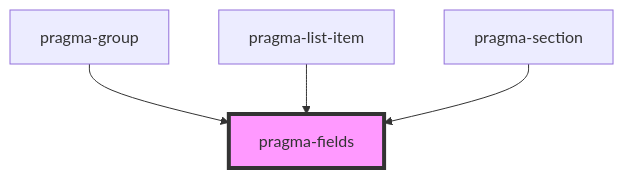
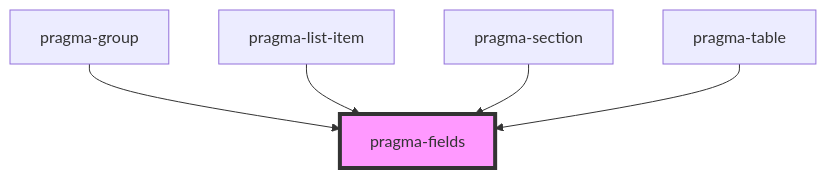
The diagram in pragma/src/components/pragma-fields/readme.md (hexus/pragma), drawn with Mermaid before and after one commit. The commit also changed other lines of this file and 27 other files, not shown here.

Commit message:
Implemented initial <pragma-table> component

````diff
--- a/pragma/src/components/pragma-fields/readme.md
+++ b/pragma/src/components/pragma-fields/readme.md
@@ -24,7 +25,8 @@
 ```mermaid
 graph TD;
   pragma-group --> pragma-fields
   pragma-list-item --> pragma-fields
   pragma-section --> pragma-fields
+  pragma-table --> pragma-fields
   style pragma-fields fill:#f9f,stroke:#333,stroke-width:4px
 ```
````
